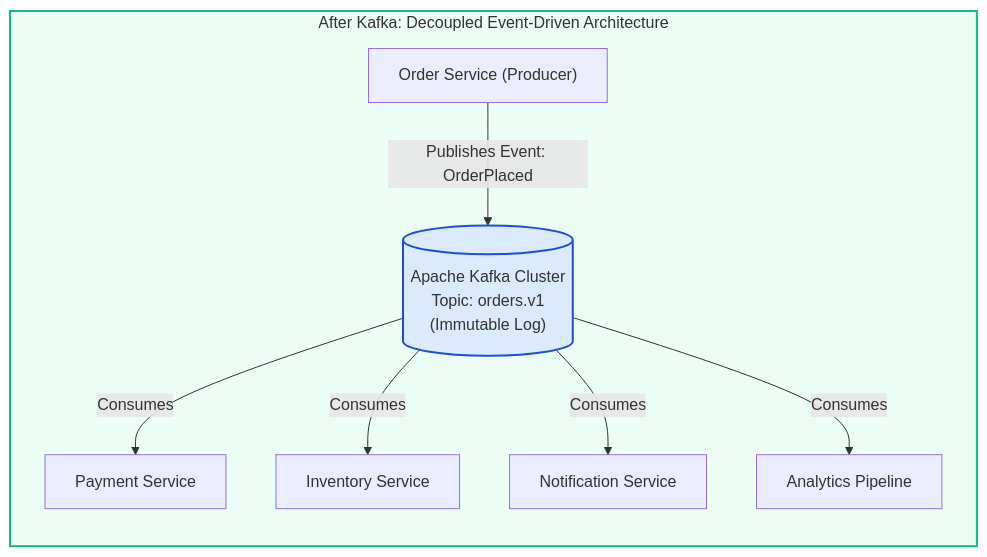
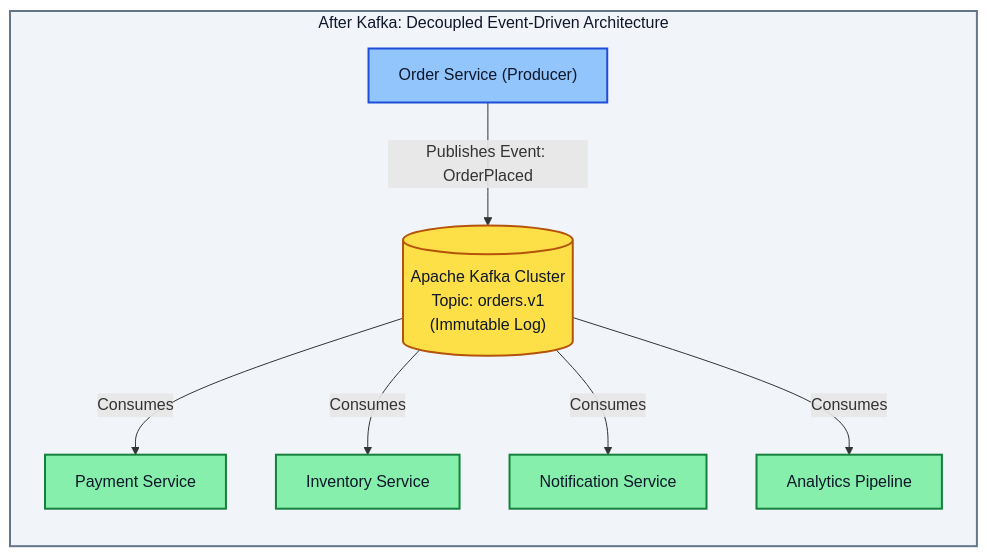
The second of 5 diagrams in 03-Apache-Kafka/01-Architecture-and-Log-Internals.md (PandeyKishan/Study-Notes), drawn with Mermaid before and after one commit. The commit also changed other lines of this file and 22 other files, not shown here.

Commit message:
docs: enhance diagram visibility with high-contrast palette and add concise book definitions

````diff
--- a/03-Apache-Kafka/01-Architecture-and-Log-Internals.md
+++ b/03-Apache-Kafka/01-Architecture-and-Log-Internals.md
@@ -49,14 +55,19 @@
 ```mermaid
 flowchart LR
     subgraph Event_Driven["After Kafka: Decoupled Event-Driven Architecture"]
         Order["Order Service (Producer)"] -->|Publishes Event: OrderPlaced| KafkaTopic[("Apache Kafka Cluster\nTopic: orders.v1\n(Immutable Log)")]
 
         KafkaTopic -->|Consumes| Pay["Payment Service"]
         KafkaTopic -->|Consumes| Inv["Inventory Service"]
         KafkaTopic -->|Consumes| Notif["Notification Service"]
         KafkaTopic -->|Consumes| Analytics["Analytics Pipeline"]
     end
 
-    style Event_Driven fill:#ecfdf5,stroke:#10b981,stroke-width:2px
-    style KafkaTopic fill:#dbeafe,stroke:#1d4ed8,stroke-width:2px
+    style Event_Driven fill:#f1f5f9,stroke:#64748b,stroke-width:2px,color:#0f172a
+    style Order fill:#93c5fd,stroke:#1d4ed8,stroke-width:2px,color:#0f172a
+    style KafkaTopic fill:#fde047,stroke:#b45309,stroke-width:2px,color:#0f172a
+    style Pay fill:#86efac,stroke:#15803d,stroke-width:2px,color:#0f172a
+    style Inv fill:#86efac,stroke:#15803d,stroke-width:2px,color:#0f172a
+    style Notif fill:#86efac,stroke:#15803d,stroke-width:2px,color:#0f172a
+    style Analytics fill:#86efac,stroke:#15803d,stroke-width:2px,color:#0f172a
 ```
````
